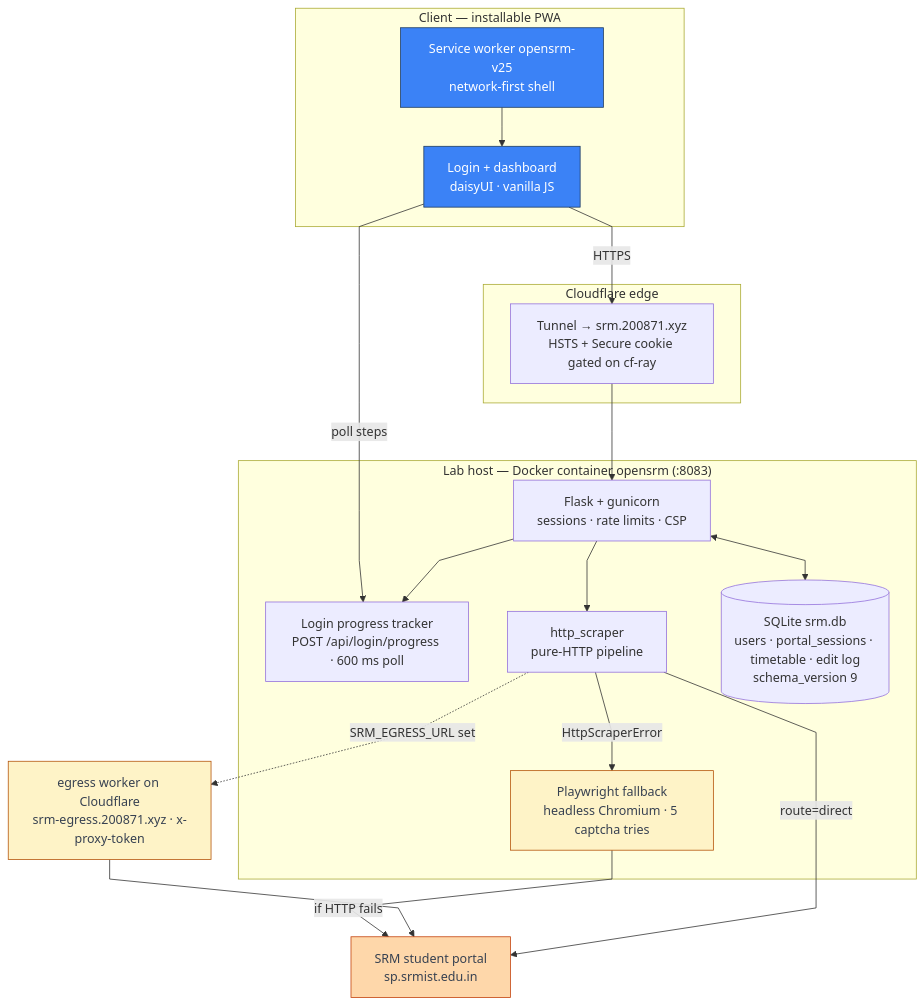
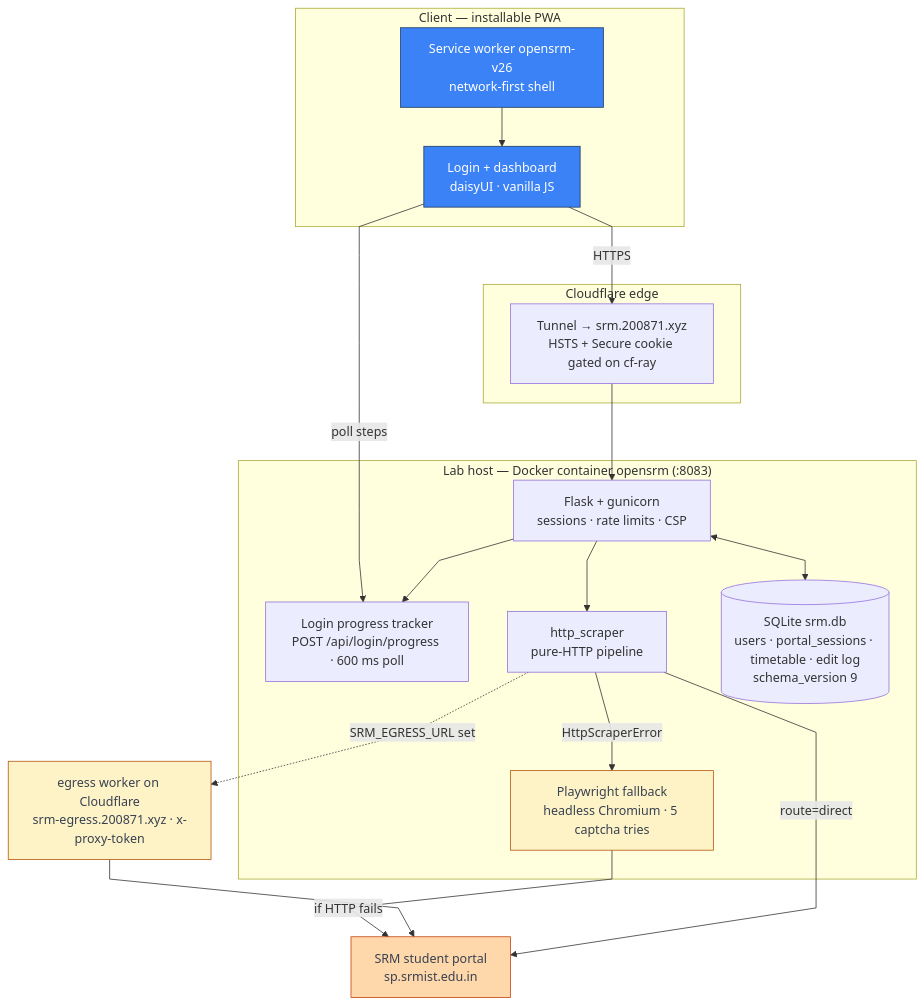
The first of 3 diagrams in README.md (thenabbu/OpenSRM), drawn with Mermaid before and after one commit. The commit also changed other lines of this file and 24 other files, not shown here.

````diff
--- a/README.md
+++ b/README.md
@@ -70,43 +70,43 @@
 ```mermaid
 %%{init: {"flowchart": {"curve": "linear"}}}%%
 flowchart TD
     subgraph client["Client — installable PWA"]
         UI["Login + dashboard<br/>daisyUI · vanilla JS"]
-        SW["Service worker opensrm-v25<br/>network-first shell"]
+        SW["Service worker opensrm-v26<br/>network-first shell"]
     end
 
     subgraph edge["Cloudflare edge"]
         TUN["Tunnel → srm.200871.xyz<br/>HSTS + Secure cookie gated on cf-ray"]
     end
 
     subgraph lab["Lab host — Docker container opensrm (:8083)"]
         FL["Flask + gunicorn<br/>sessions · rate limits · CSP"]
         PROG["Login progress tracker<br/>POST /api/login/progress · 600 ms poll"]
         HS["http_scraper<br/>pure-HTTP pipeline"]
         PW["Playwright fallback<br/>headless Chromium · 5 captcha tries"]
         DB[("SQLite srm.db<br/>users · portal_sessions · timetable · edit log<br/>schema_version 9")]
         FL --> PROG
         FL <--> DB
         FL --> HS
         HS -->|"HttpScraperError"| PW
     end
 
     EG["egress worker on Cloudflare<br/>srm-egress.200871.xyz · x-proxy-token"]
     P["SRM student portal<br/>sp.srmist.edu.in"]
 
     UI -->|"HTTPS"| TUN
     TUN --> FL
     SW --> UI
     UI -->|"poll steps"| PROG
     HS -->|"route=direct"| P
     HS -.->|"SRM_EGRESS_URL set"| EG
     EG --> P
     PW -->|"if HTTP fails"| P
 
     classDef client fill:#3b82f6,stroke:#1e3a5f,color:#ffffff
     classDef conditional fill:#fef3c7,stroke:#b45309,color:#374151
     classDef external fill:#fed7aa,stroke:#c2410c,color:#374151
     class UI,SW client
     class PW,EG conditional
     class P external
 ```
````
